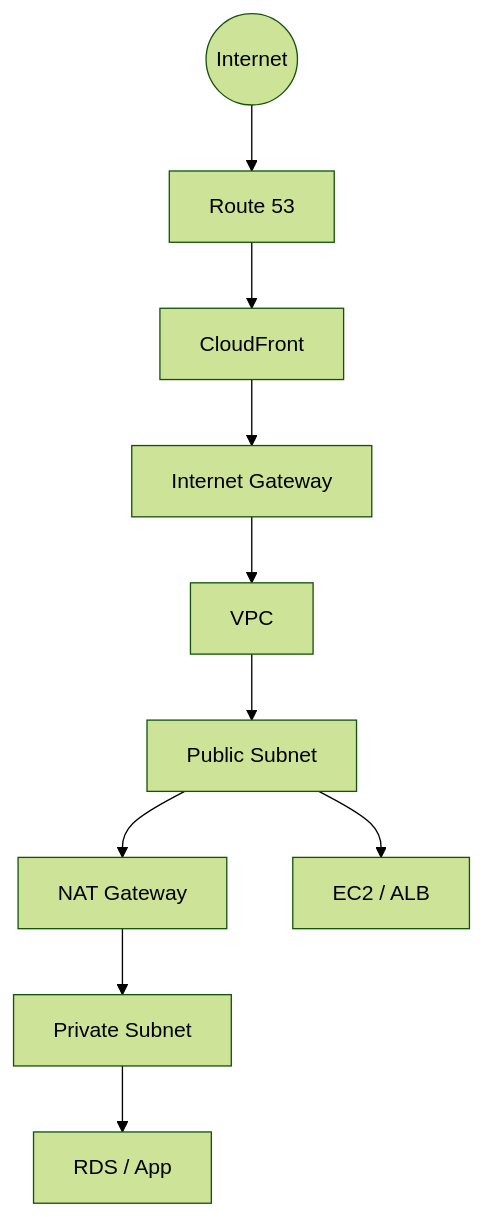
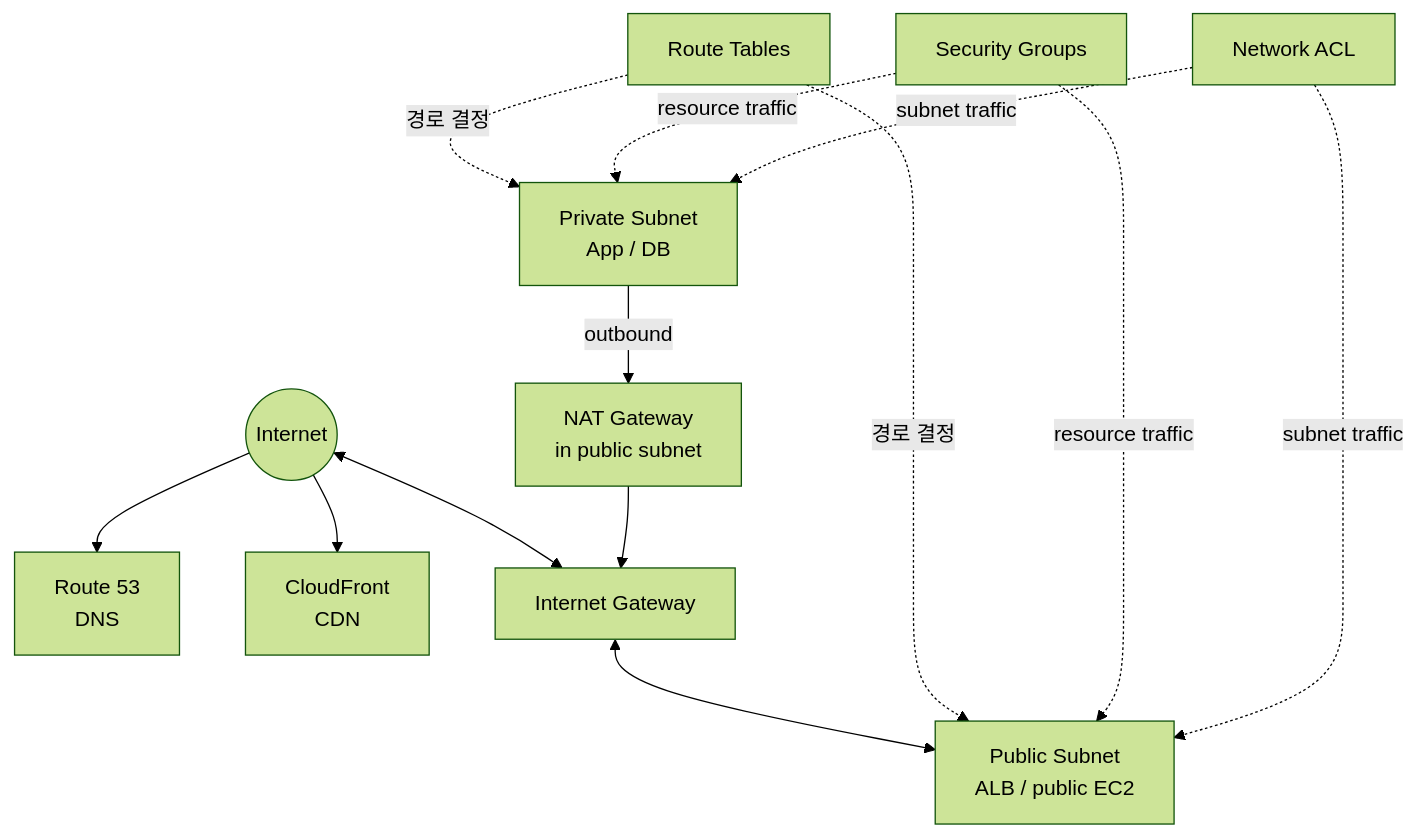
Before and after one commit to noir1458/noir1458.github.io: the first of 2 diagrams in content/posts/02.Security/aws/aws-ccp-4/index.md, drawn with Mermaid (forest theme). The commit also changed other lines of this file and 4 other files, not shown here.

````diff
--- a/content/posts/02.Security/aws/aws-ccp-4/index.md
+++ b/content/posts/02.Security/aws/aws-ccp-4/index.md
@@ -19,20 +21,15 @@
 ```mermaid
 flowchart TD
-    Internet((Internet))
-    R53[Route 53]
-    CF[CloudFront]
-    IGW[Internet Gateway]
-    VPC[VPC]
-    PUB[Public Subnet]
-    NAT[NAT Gateway]
-    PRIV[Private Subnet]
-    WEB[EC2 / ALB]
-    DB[RDS / App]
-
-    Internet --> R53 --> CF --> IGW --> VPC
-    VPC --> PUB
-    PUB --> WEB
-    PUB --> NAT
-    NAT --> PRIV
-    PRIV --> DB
+    I((Internet)) --> R53[Route 53<br/>DNS]
+    I --> CF[CloudFront<br/>CDN]
+    I <--> IGW[Internet Gateway]
+    IGW <--> PUB[Public Subnet<br/>ALB / public EC2]
+    PRIV[Private Subnet<br/>App / DB] -->|outbound| NAT[NAT Gateway<br/>in public subnet]
+    NAT --> IGW
+    RT[Route Tables] -.경로 결정.-> PUB
+    RT -.경로 결정.-> PRIV
+    SG[Security Groups] -.resource traffic.-> PUB
+    SG -.resource traffic.-> PRIV
+    NACL[Network ACL] -.subnet traffic.-> PUB
+    NACL -.subnet traffic.-> PRIV
 ```
````
